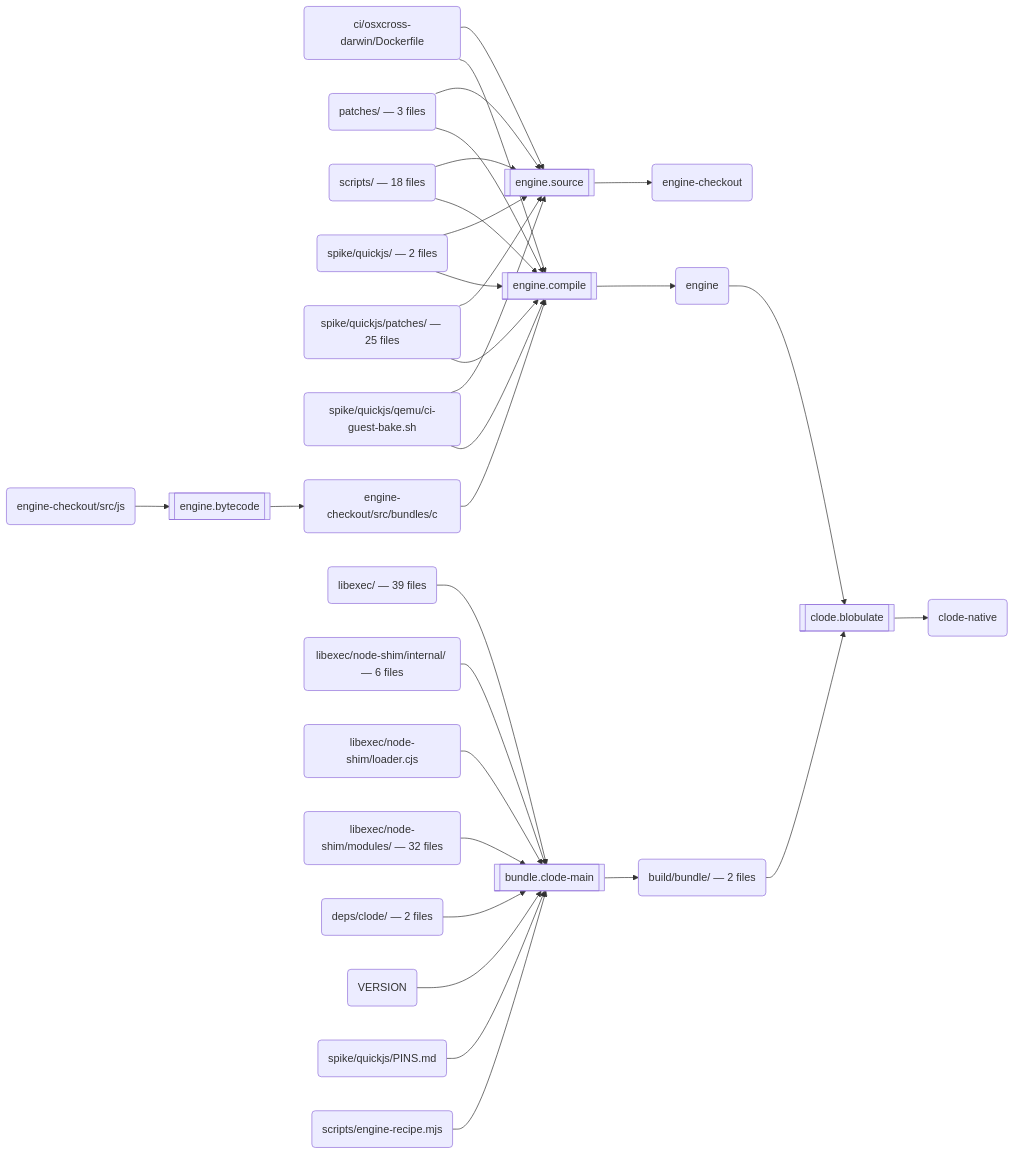
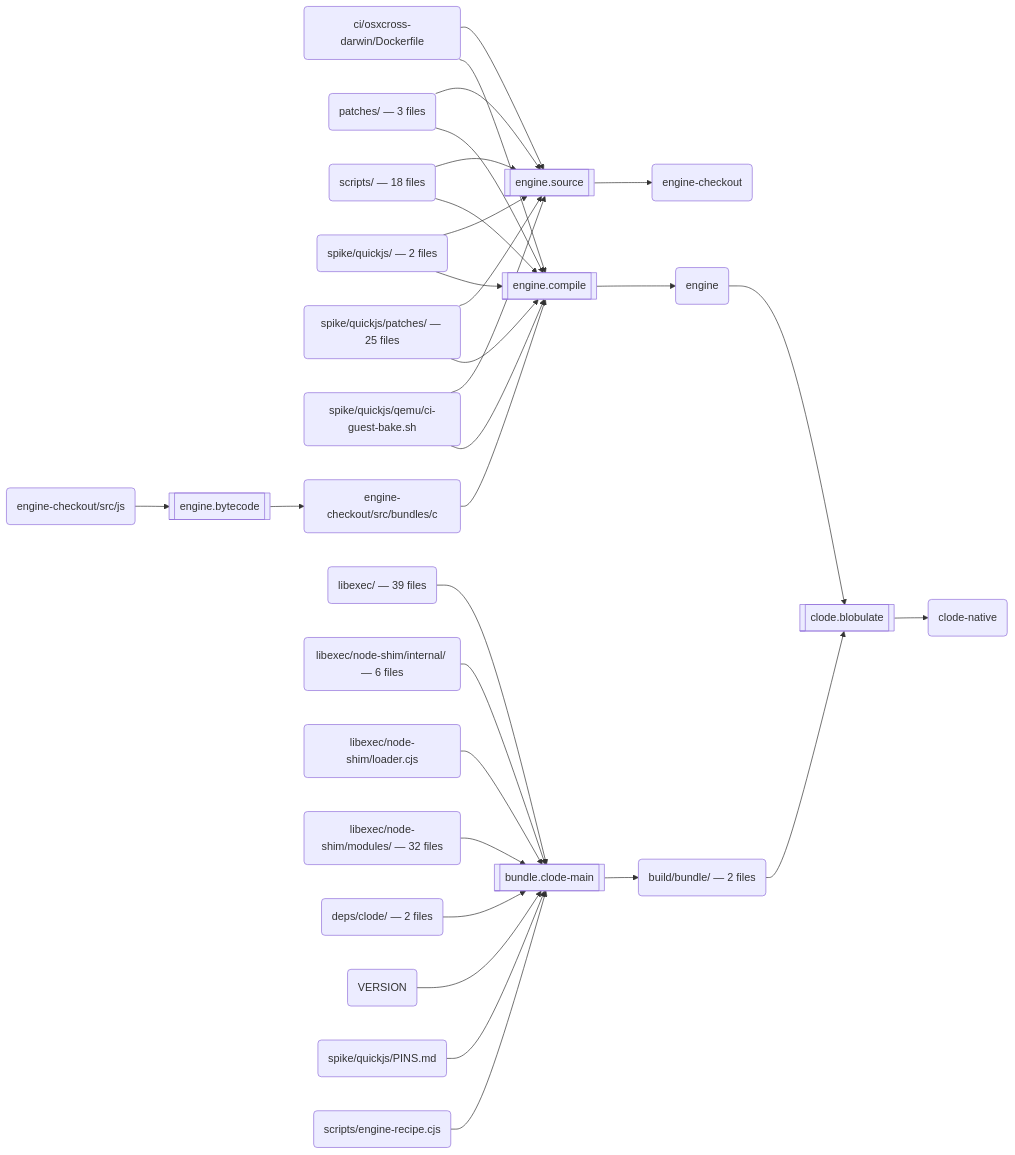
One commit to schmonz/clode changed the second of 3 diagrams in docs/build.md. Above: the diagram before and after it, drawn with Mermaid. The commit also changed 25 other files, not shown here.

````diff
--- a/docs/build.md
+++ b/docs/build.md
@@ -79,57 +79,57 @@
 ```mermaid
 flowchart LR
   s0[["engine.source"]]
   a0("ci/osxcross-darwin/Dockerfile")
   a1("patches/ — 3 files")
   a2("scripts/ — 18 files")
   a3("spike/quickjs/ — 2 files")
   a4("spike/quickjs/patches/ — 25 files")
   a5("spike/quickjs/qemu/ci-guest-bake.sh")
   a6("engine-checkout")
   s1[["engine.bytecode"]]
   a7("engine-checkout/src/js")
   a8("engine-checkout/src/bundles/c")
   s2[["engine.compile"]]
   a9("engine")
   s3[["bundle.clode-main"]]
   a10("libexec/ — 39 files")
   a11("libexec/node-shim/internal/ — 6 files")
   a12("libexec/node-shim/loader.cjs")
   a13("libexec/node-shim/modules/ — 32 files")
   a14("deps/clode/ — 2 files")
   a15("VERSION")
   a16("spike/quickjs/PINS.md")
-  a17("scripts/engine-recipe.mjs")
+  a17("scripts/engine-recipe.cjs")
   a18("build/bundle/ — 2 files")
   s4[["clode.blobulate"]]
   a19("clode-native")
   a0 --> s0
   a1 --> s0
   a2 --> s0
   a3 --> s0
   a4 --> s0
   a5 --> s0
   s0 --> a6
   a7 --> s1
   s1 --> a8
   a8 --> s2
   a0 --> s2
   a1 --> s2
   a2 --> s2
   a3 --> s2
   a4 --> s2
   a5 --> s2
   s2 --> a9
   a10 --> s3
   a11 --> s3
   a12 --> s3
   a13 --> s3
   a14 --> s3
   a15 --> s3
   a16 --> s3
   a17 --> s3
   s3 --> a18
   a9 --> s4
   a18 --> s4
   s4 --> a19
 ```
````
